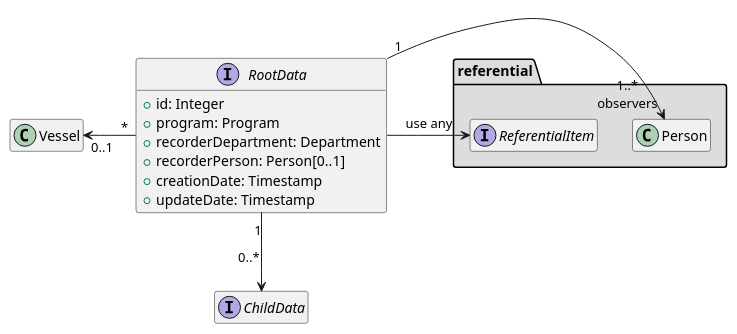
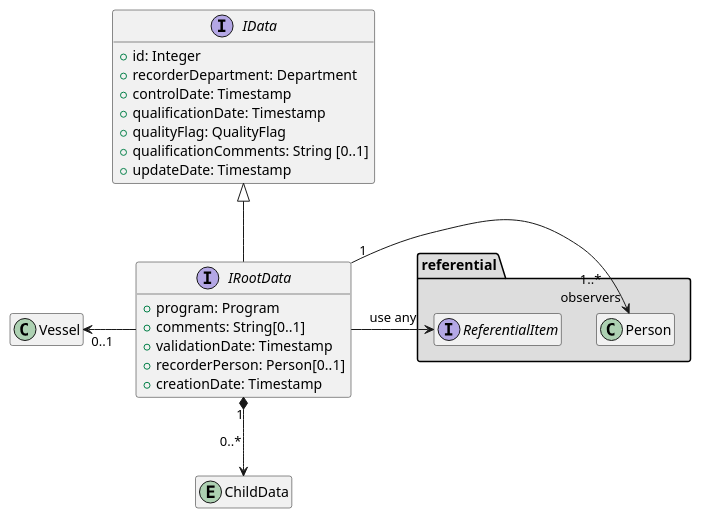
The diagram in model/data/common.puml (sumaris-net/sumaris-doc), drawn with PlantUML before and after one commit. The commit also changed 3 other files, not shown here.

Commit message:
[enh] Model: Add IData interface

```diff
--- a/model/data/common.puml
+++ b/model/data/common.puml
@@ -1,26 +1,35 @@
 @startuml
 hide empty members
 
-interface RootData {
+interface IData {
     +id: Integer
-    +program: Program
     +recorderDepartment: Department
-    +recorderPerson: Person[0..1]
-    +creationDate: Timestamp
+    +controlDate: Timestamp
+    +qualificationDate: Timestamp
+    +qualityFlag: QualityFlag
+    +qualificationComments: String [0..1]
     +updateDate: Timestamp
 }
 
-interface ChildData {
+interface IRootData extends IData {
+    +program: Program
+    +comments: String[0..1]
+    +validationDate: Timestamp
+    +recorderPerson: Person[0..1]
+    +creationDate: Timestamp
 }
 
-RootData "*" -left-> "0..1\n" Vessel: "     "
-RootData "1" --> "0..*\n" ChildData: "     "
+entity ChildData {
+}
+
+IRootData -left-> "0..1\n" Vessel: "     "
+IRootData "1" *--> "0..*\n" ChildData: "     "
 
 package "referential" #DDDDDD {
     interface ReferentialItem {
     }
 
-    RootData "1" -right-> "1..*\nobservers" Person: "                         "
-    RootData -right-> ReferentialItem: "use any"
+    IRootData "1" -right-> "1..*\nobservers" Person: "                         "
+    IRootData -right-> ReferentialItem: "use any"
 }
 @enduml
```
